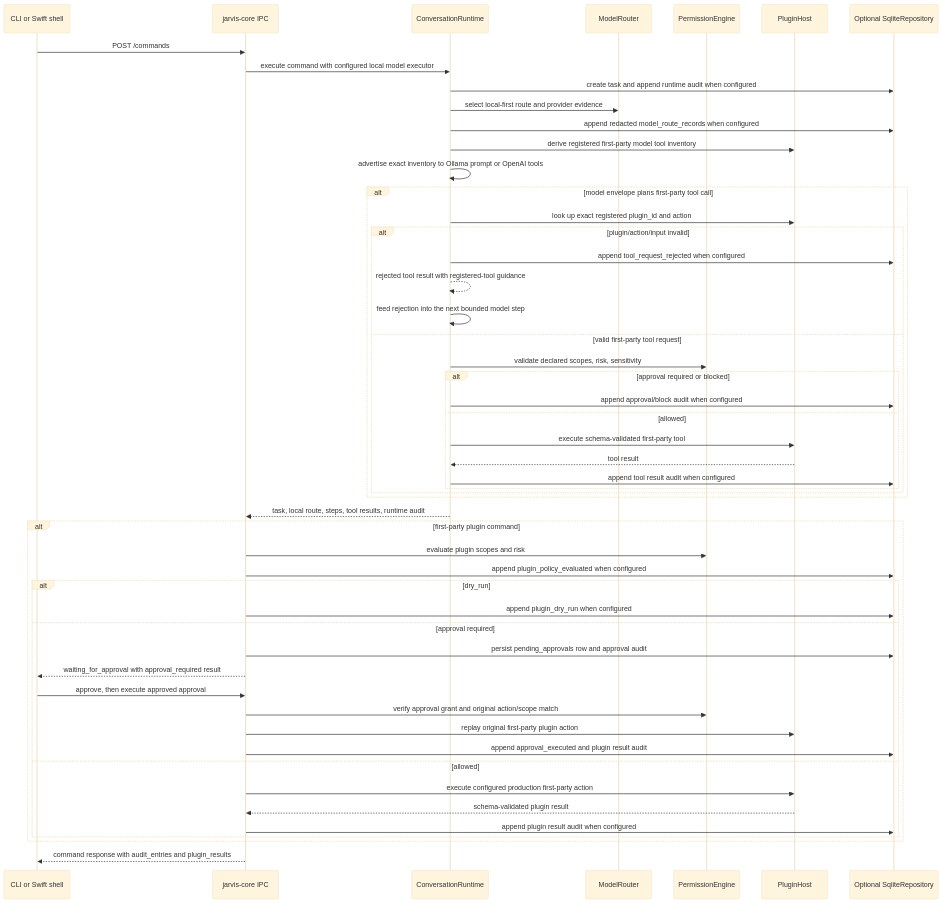
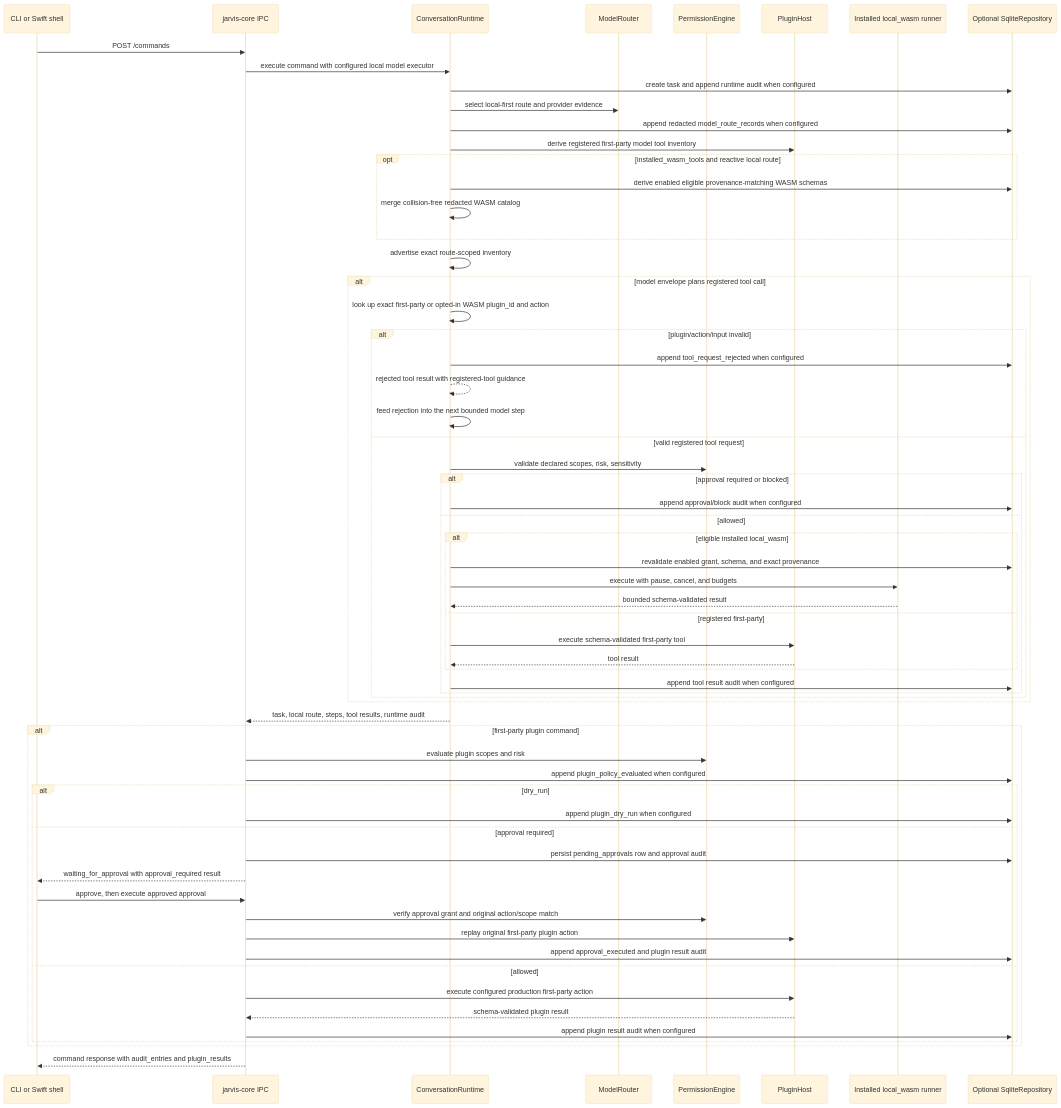
One commit to malak333/Assemblywright changed the sixth of 8 diagrams in docs/architecture-map.md. Above: the diagram before and after it, drawn with Mermaid (base theme). The commit also changed other lines of this file and 18 other files, not shown here.

Commit message:
Add model-planned confined WASM tools

````diff
--- a/docs/architecture-map.md
+++ b/docs/architecture-map.md
@@ -785,55 +805,66 @@
 ```mermaid
 sequenceDiagram
     participant Client as CLI or Swift shell
     participant IPC as jarvis-core IPC
     participant Runtime as ConversationRuntime
     participant Router as ModelRouter
     participant Policy as PermissionEngine
     participant Plugins as PluginHost
+    participant Wasm as Installed local_wasm runner
     participant Store as Optional SqliteRepository
 
     Client->>IPC: POST /commands
     IPC->>Runtime: execute command with configured local model executor
     Runtime->>Store: create task and append runtime audit when configured
     Runtime->>Router: select local-first route and provider evidence
     Runtime->>Store: append redacted model_route_records when configured
     Runtime->>Plugins: derive registered first-party model tool inventory
-    Runtime->>Runtime: advertise exact inventory to Ollama prompt or OpenAI tools
-    alt model envelope plans first-party tool call
-        Runtime->>Plugins: look up exact registered plugin_id and action
+    opt installed_wasm_tools and reactive local route
+        Runtime->>Store: derive enabled eligible provenance-matching WASM schemas
+        Runtime->>Runtime: merge collision-free redacted WASM catalog
+    end
+    Runtime->>Runtime: advertise exact route-scoped inventory
+    alt model envelope plans registered tool call
+        Runtime->>Runtime: look up exact first-party or opted-in WASM plugin_id and action
         alt plugin/action/input invalid
             Runtime->>Store: append tool_request_rejected when configured
             Runtime-->>Runtime: rejected tool result with registered-tool guidance
             Runtime->>Runtime: feed rejection into the next bounded model step
-        else valid first-party tool request
+        else valid registered tool request
         Runtime->>Policy: validate declared scopes, risk, sensitivity
         alt approval required or blocked
             Runtime->>Store: append approval/block audit when configured
         else allowed
-            Runtime->>Plugins: execute schema-validated first-party tool
-            Plugins-->>Runtime: tool result
+            alt eligible installed local_wasm
+                Runtime->>Store: revalidate enabled grant, schema, and exact provenance
+                Runtime->>Wasm: execute with pause, cancel, and budgets
+                Wasm-->>Runtime: bounded schema-validated result
+            else registered first-party
+                Runtime->>Plugins: execute schema-validated first-party tool
+                Plugins-->>Runtime: tool result
+            end
             Runtime->>Store: append tool result audit when configured
         end
         end
     end
     Runtime-->>IPC: task, local route, steps, tool results, runtime audit
     alt first-party plugin command
         IPC->>Policy: evaluate plugin scopes and risk
         IPC->>Store: append plugin_policy_evaluated when configured
         alt dry_run
             IPC->>Store: append plugin_dry_run when configured
         else approval required
             IPC->>Store: persist pending_approvals row and approval audit
             IPC-->>Client: waiting_for_approval with approval_required result
             Client->>IPC: approve, then execute approved approval
             IPC->>Policy: verify approval grant and original action/scope match
             IPC->>Plugins: replay original first-party plugin action
             IPC->>Store: append approval_executed and plugin result audit
         else allowed
             IPC->>Plugins: execute configured production first-party action
             Plugins-->>IPC: schema-validated plugin result
             IPC->>Store: append plugin result audit when configured
         end
     end
     IPC-->>Client: command response with audit_entries and plugin_results
 ```
````
